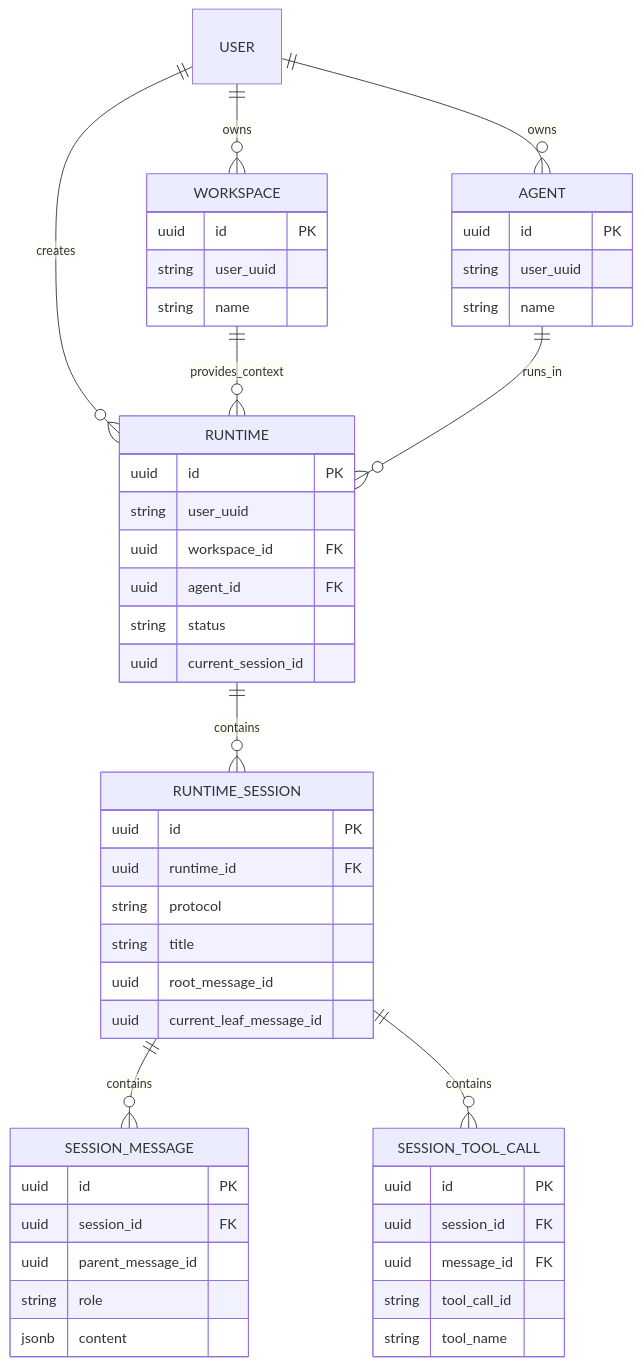
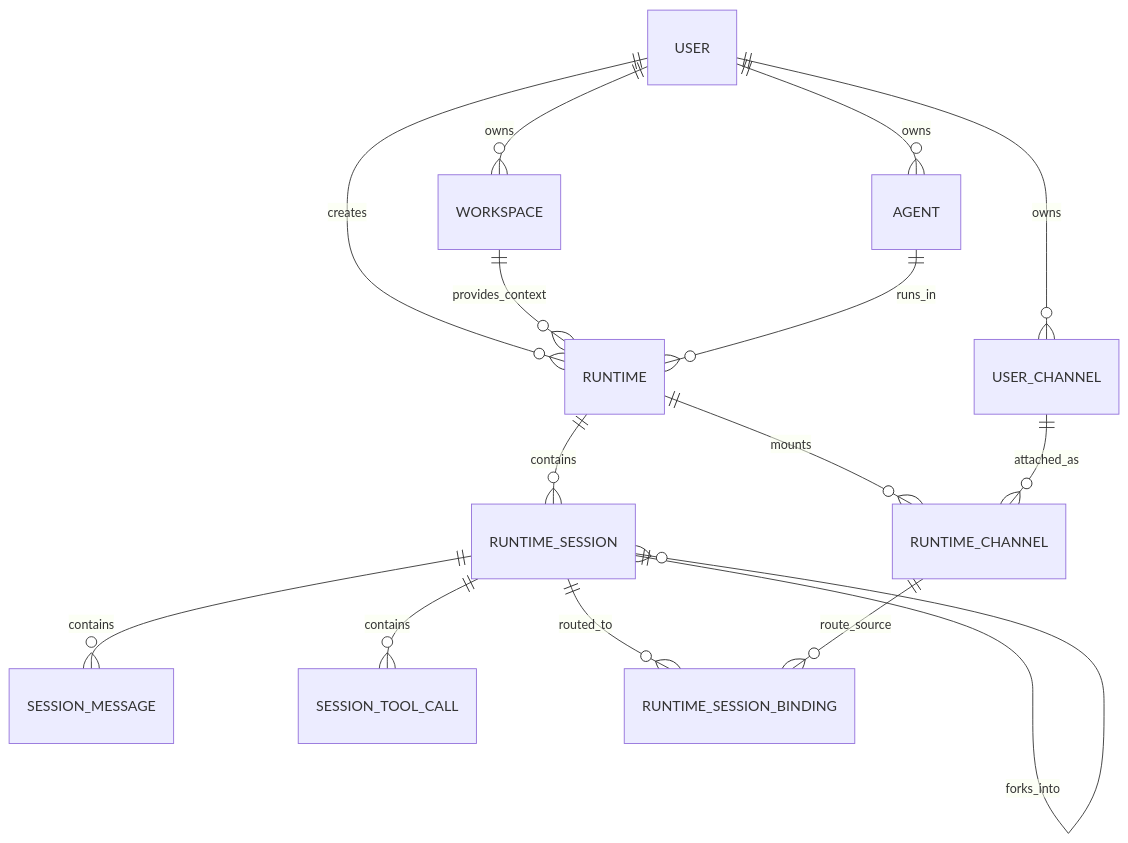
One commit to Larkspur-Wang/cohub changed the first of 2 diagrams in docs/db-schema.md. Above: the diagram before and after it, drawn with Mermaid. The commit also changed other lines of this file and 7 other files, not shown here.

First line of the commit message:
docs: update and add architecture documentation for linear session + fork model

````diff
--- a/docs/db-schema.md
+++ b/docs/db-schema.md
@@ -19,59 +23,22 @@
 ```mermaid
 erDiagram
     USER ||--o{ WORKSPACE : owns
     USER ||--o{ AGENT : owns
+    USER ||--o{ USER_CHANNEL : owns
     USER ||--o{ RUNTIME : creates
 
     WORKSPACE ||--o{ RUNTIME : provides_context
     AGENT ||--o{ RUNTIME : runs_in
 
+    RUNTIME ||--o{ RUNTIME_CHANNEL : mounts
     RUNTIME ||--o{ RUNTIME_SESSION : contains
+
+    USER_CHANNEL ||--o{ RUNTIME_CHANNEL : attached_as
+
     RUNTIME_SESSION ||--o{ SESSION_MESSAGE : contains
     RUNTIME_SESSION ||--o{ SESSION_TOOL_CALL : contains
+    RUNTIME_SESSION ||--o{ RUNTIME_SESSION_BINDING : routed_to
 
-    WORKSPACE {
-        uuid id PK
-        string user_uuid
-        string name
-    }
-
-    AGENT {
-        uuid id PK
-        string user_uuid
-        string name
-    }
-
-    RUNTIME {
-        uuid id PK
-        string user_uuid
-        uuid workspace_id FK
-        uuid agent_id FK
-        string status
-        uuid current_session_id
-    }
-
-    RUNTIME_SESSION {
-        uuid id PK
-        uuid runtime_id FK
-        string protocol
-        string title
-        uuid root_message_id
-        uuid current_leaf_message_id
-    }
-
-    SESSION_MESSAGE {
-        uuid id PK
-        uuid session_id FK
-        uuid parent_message_id
-        string role
-        jsonb content
-    }
-
-    SESSION_TOOL_CALL {
-        uuid id PK
-        uuid session_id FK
-        uuid message_id FK
-        string tool_call_id
-        string tool_name
-    }
+    RUNTIME_CHANNEL ||--o{ RUNTIME_SESSION_BINDING : route_source
+    RUNTIME_SESSION ||--o{ RUNTIME_SESSION : forks_into
 ```
````
